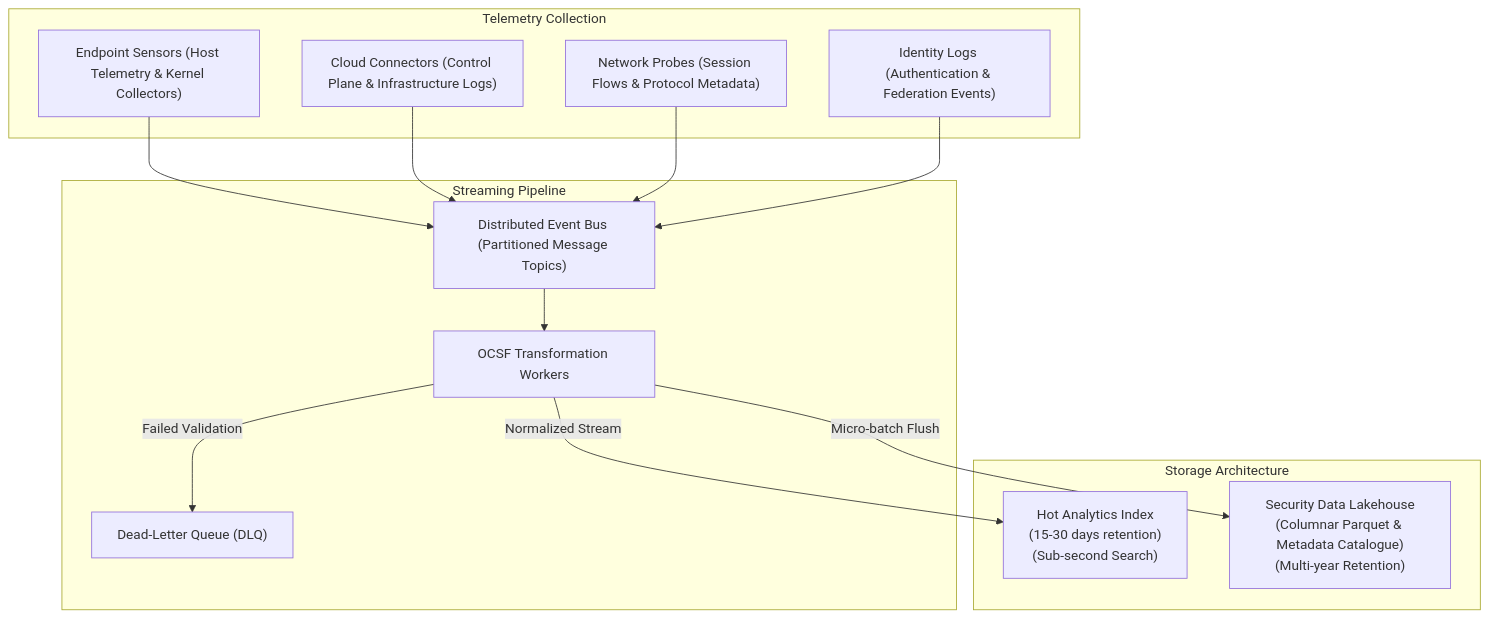
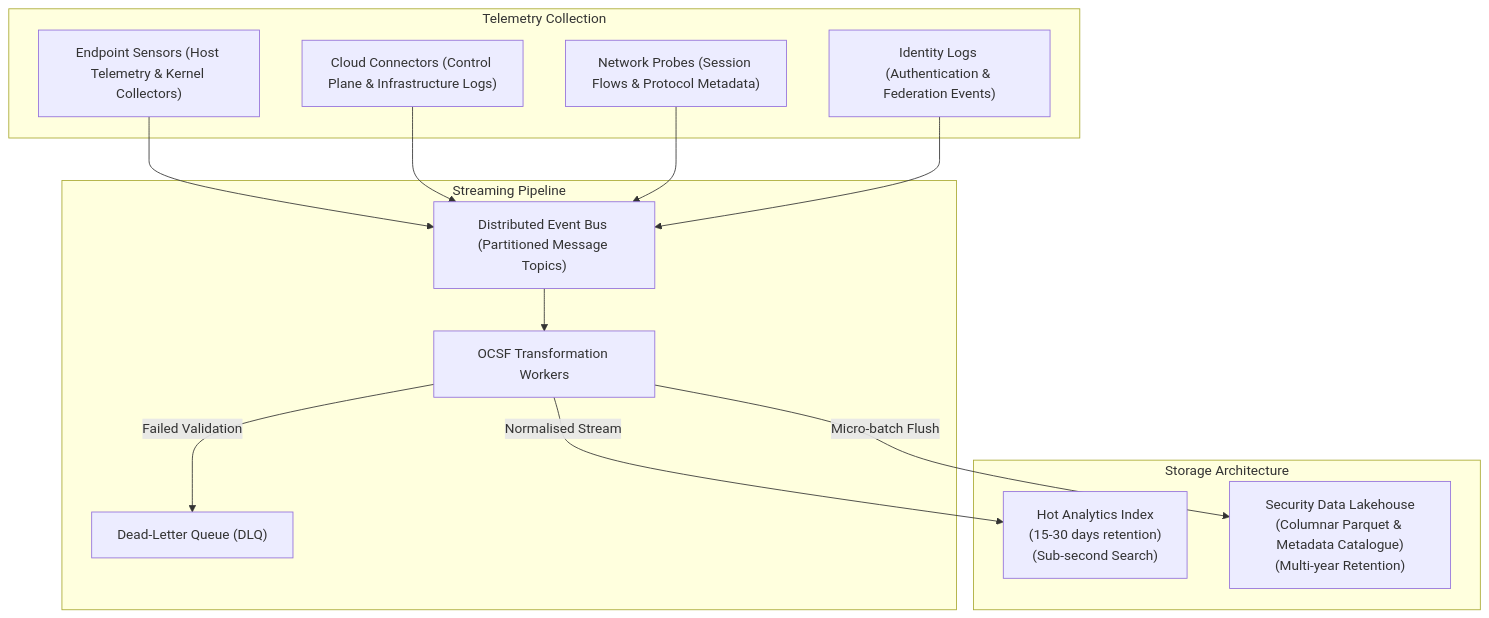
One commit to Haribu/TIDIR changed the diagram in docs/architecture/components/02-data-fabric-telemetry.md. Above: the diagram before and after it, drawn with Mermaid. The commit also changed other lines of this file and 15 other files, not shown here.

````diff
--- a/docs/architecture/components/02-data-fabric-telemetry.md
+++ b/docs/architecture/components/02-data-fabric-telemetry.md
@@ -7,30 +7,30 @@
 ```mermaid
-flowchart TD
+flowchart TB
   subgraph Collectors ["Telemetry Collection"]
     AGENTS["Endpoint Sensors (Host Telemetry & Kernel Collectors)"]
     CLOUD_INGEST["Cloud Connectors (Control Plane & Infrastructure Logs)"]
     NET_INGEST["Network Probes (Session Flows & Protocol Metadata)"]
     AUTH_INGEST["Identity Logs (Authentication & Federation Events)"]
   end
 
   subgraph IngestionStream ["Streaming Pipeline"]
     STREAM_BUS["Distributed Event Bus (Partitioned Message Topics)"]
     SCHEMA_NORM["OCSF Transformation Workers"]
     DLQ["Dead-Letter Queue (DLQ)"]
   end
 
   subgraph DualStorage ["Storage Architecture"]
     HOT_INDEX["Hot Analytics Index\n(15-30 days retention)\n(Sub-second Search)"]
     LAKEHOUSE["Security Data Lakehouse\n(Columnar Parquet & Metadata Catalogue)\n(Multi-year Retention)"]
   end
 
   AGENTS --> STREAM_BUS
   CLOUD_INGEST --> STREAM_BUS
   NET_INGEST --> STREAM_BUS
   AUTH_INGEST --> STREAM_BUS
 
   STREAM_BUS --> SCHEMA_NORM
   SCHEMA_NORM -->|Failed Validation| DLQ
-  SCHEMA_NORM -->|Normalized Stream| HOT_INDEX
+  SCHEMA_NORM -->|Normalised Stream| HOT_INDEX
   SCHEMA_NORM -->|Micro-batch Flush| LAKEHOUSE
 ```
````
